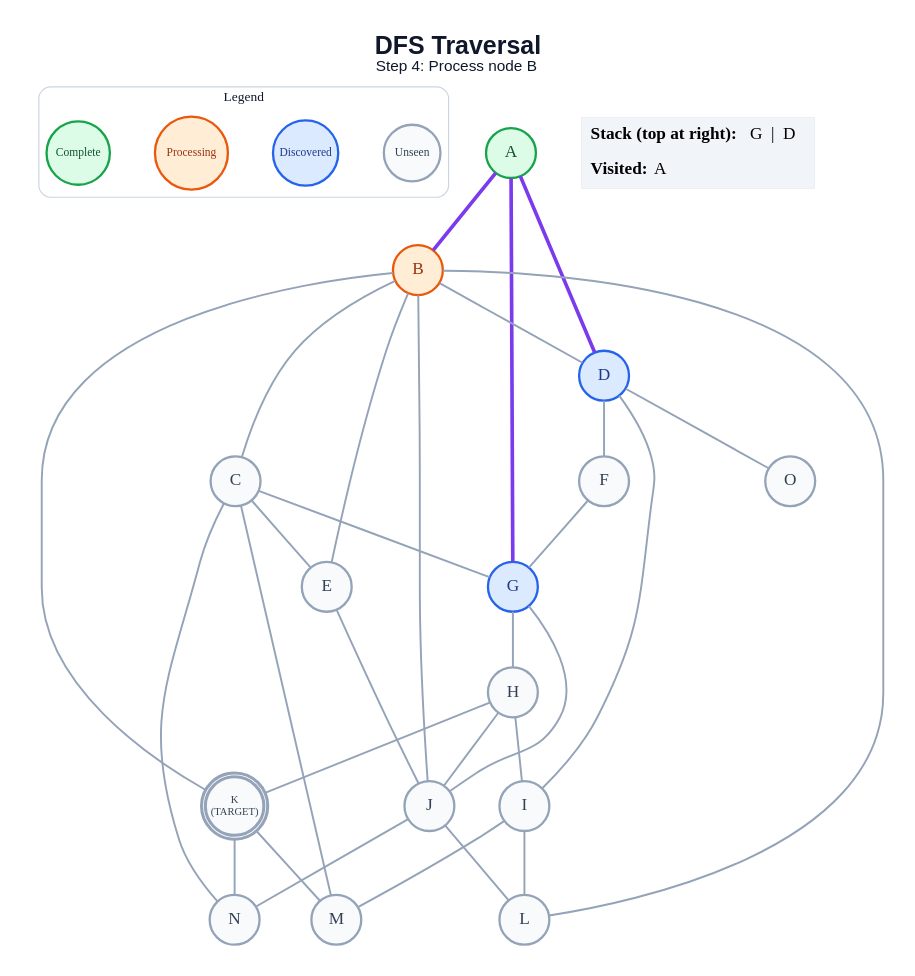
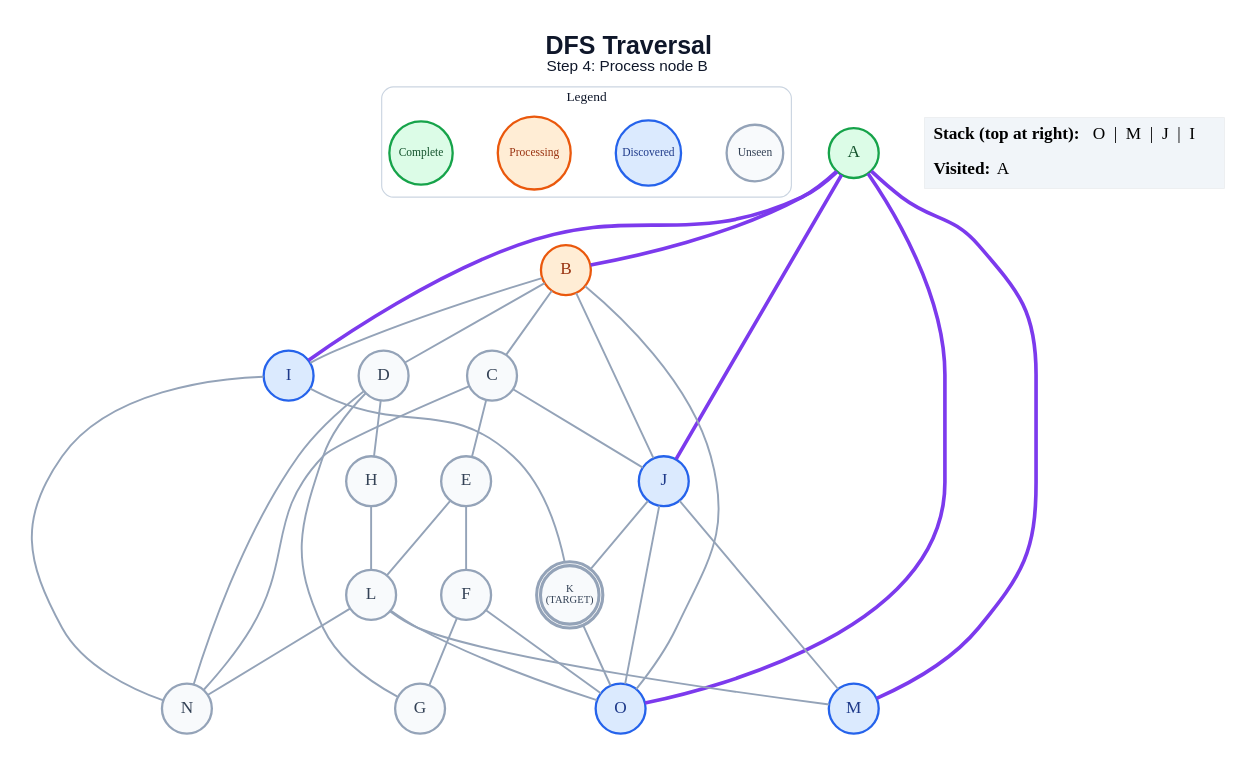
Before and after one commit to anon7238593-create/ai-slop: the diagram in generated/specific-node/dfs/step_04.dot, drawn with Graphviz. The commit also changed 248 other files, not shown here.

```diff
--- a/generated/specific-node/dfs/step_04.dot
+++ b/generated/specific-node/dfs/step_04.dot
@@ -1,63 +1,64 @@
 graph traversal {
   graph [layout=dot, rankdir=TB, bgcolor="#FFFFFF", pad="0.35", nodesep="0.65", ranksep="0.8", fontname="Arial"];
   node [shape=circle, style="filled", fontname="Arial Bold", fontsize=18, width=0.72, fixedsize=true, penwidth=2.4];
   edge [color="#94A3B8", penwidth=2.0];
   label=<<B>DFS Traversal</B><BR/><FONT POINT-SIZE="16">Step 4: Process node B</FONT>>; labelloc="t"; fontsize=26; fontname="Arial"; fontcolor="#0F172A";
   subgraph cluster_legend { label="Legend"; color="#CBD5E1"; penwidth=1.2; style="rounded"; fontsize=14; fontname="Arial Bold";
     key_unseen [label="Unseen", fillcolor="#F8FAFC", color="#94A3B8", fontcolor="#334155", fontsize=12, width=0.82];
     key_frontier [label="Discovered", fillcolor="#DBEAFE", color="#2563EB", fontcolor="#1E3A8A", fontsize=12, width=0.95];
     key_current [label="Processing", fillcolor="#FFEDD5", color="#EA580C", fontcolor="#9A3412", fontsize=12, width=1.05];
     key_done [label="Complete", fillcolor="#DCFCE7", color="#16A34A", fontcolor="#14532D", fontsize=12, width=0.92];
     { rank=same; key_unseen; key_frontier; key_current; key_done; }
   }
   A [label="A", fillcolor="#DCFCE7", color="#16A34A", fontcolor="#14532D", peripheries=1, penwidth=2.4];
   B [label="B", fillcolor="#FFEDD5", color="#EA580C", fontcolor="#9A3412", peripheries=1, penwidth=2.4];
   C [label="C", fillcolor="#F8FAFC", color="#94A3B8", fontcolor="#334155", peripheries=1, penwidth=2.4];
-  D [label="D", fillcolor="#DBEAFE", color="#2563EB", fontcolor="#1E3A8A", peripheries=1, penwidth=2.4];
+  D [label="D", fillcolor="#F8FAFC", color="#94A3B8", fontcolor="#334155", peripheries=1, penwidth=2.4];
   E [label="E", fillcolor="#F8FAFC", color="#94A3B8", fontcolor="#334155", peripheries=1, penwidth=2.4];
   F [label="F", fillcolor="#F8FAFC", color="#94A3B8", fontcolor="#334155", peripheries=1, penwidth=2.4];
-  G [label="G", fillcolor="#DBEAFE", color="#2563EB", fontcolor="#1E3A8A", peripheries=1, penwidth=2.4];
+  G [label="G", fillcolor="#F8FAFC", color="#94A3B8", fontcolor="#334155", peripheries=1, penwidth=2.4];
   H [label="H", fillcolor="#F8FAFC", color="#94A3B8", fontcolor="#334155", peripheries=1, penwidth=2.4];
-  I [label="I", fillcolor="#F8FAFC", color="#94A3B8", fontcolor="#334155", peripheries=1, penwidth=2.4];
-  J [label="J", fillcolor="#F8FAFC", color="#94A3B8", fontcolor="#334155", peripheries=1, penwidth=2.4];
+  I [label="I", fillcolor="#DBEAFE", color="#2563EB", fontcolor="#1E3A8A", peripheries=1, penwidth=2.4];
+  J [label="J", fillcolor="#DBEAFE", color="#2563EB", fontcolor="#1E3A8A", peripheries=1, penwidth=2.4];
   K [label="K\n(TARGET)", fillcolor="#F8FAFC", color="#94A3B8", fontcolor="#334155", peripheries=2, penwidth=3.2, fontsize=11, width=0.85, height=0.85];
   L [label="L", fillcolor="#F8FAFC", color="#94A3B8", fontcolor="#334155", peripheries=1, penwidth=2.4];
-  M [label="M", fillcolor="#F8FAFC", color="#94A3B8", fontcolor="#334155", peripheries=1, penwidth=2.4];
+  M [label="M", fillcolor="#DBEAFE", color="#2563EB", fontcolor="#1E3A8A", peripheries=1, penwidth=2.4];
   N [label="N", fillcolor="#F8FAFC", color="#94A3B8", fontcolor="#334155", peripheries=1, penwidth=2.4];
-  O [label="O", fillcolor="#F8FAFC", color="#94A3B8", fontcolor="#334155", peripheries=1, penwidth=2.4];
+  O [label="O", fillcolor="#DBEAFE", color="#2563EB", fontcolor="#1E3A8A", peripheries=1, penwidth=2.4];
   A -- B [color="#7C3AED", penwidth=3.8];
-  A -- D [color="#7C3AED", penwidth=3.8];
-  A -- G [color="#7C3AED", penwidth=3.8];
+  A -- I [color="#7C3AED", penwidth=3.8];
+  A -- J [color="#7C3AED", penwidth=3.8];
+  A -- M [color="#7C3AED", penwidth=3.8];
+  A -- O [color="#7C3AED", penwidth=3.8];
   B -- C;
   B -- D;
-  B -- E;
+  B -- I;
   B -- J;
-  B -- K;
-  B -- L;
+  B -- O;
   C -- E;
-  C -- G;
-  C -- M;
+  C -- J;
   C -- N;
-  D -- F;
-  D -- I;
-  D -- O;
-  E -- J;
+  D -- G;
+  D -- H;
+  D -- N;
+  E -- F;
+  E -- L;
   F -- G;
-  G -- H;
-  G -- J;
-  H -- I;
-  H -- J;
-  H -- K;
-  I -- L;
-  I -- M;
-  J -- L;
-  J -- N;
-  K -- M;
-  K -- N;
+  F -- O;
+  H -- L;
+  I -- K;
+  I -- N;
+  J -- K;
+  J -- M;
+  J -- O;
+  K -- O;
+  L -- M;
+  L -- N;
+  L -- O;
   status [shape=plain, fixedsize=false, width=0, height=0, margin=0, label=<
     <TABLE BORDER="0" CELLBORDER="0" CELLPADDING="7" BGCOLOR="#F1F5F9">
-      <TR><TD ALIGN="LEFT"><B>Stack (top at right):</B> G  |  D</TD></TR>
+      <TR><TD ALIGN="LEFT"><B>Stack (top at right):</B> O  |  M  |  J  |  I</TD></TR>
       <TR><TD ALIGN="LEFT"><B>Visited:</B> A</TD></TR>
     </TABLE>
   >];
 }
```
